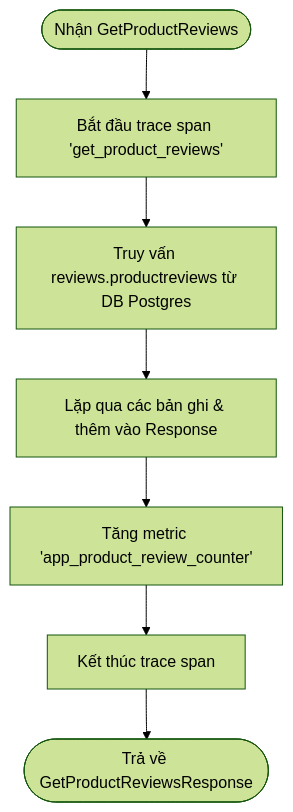
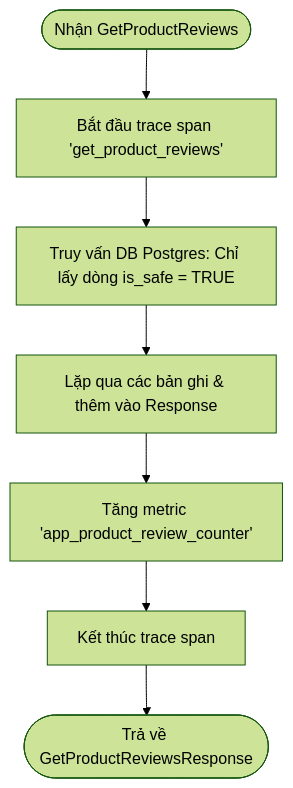
Before and after one commit to DangThao195/AIO02_TF3_Phase3: the third of 4 diagrams in AIE1/techx-corp-platform/src/product-reviews/README.md, drawn with Mermaid (forest theme). The commit also changed other lines of this file and 54 other files, not shown here.

````diff
--- a/AIE1/techx-corp-platform/src/product-reviews/README.md
+++ b/AIE1/techx-corp-platform/src/product-reviews/README.md
@@ -79,9 +78,9 @@
 ```mermaid
 flowchart TD
     ReqReviews(["Nhận GetProductReviews"]) --> SpanReviews["Bắt đầu trace span 'get_product_reviews'"]
-    SpanReviews --> FetchDB["Truy vấn reviews.productreviews từ DB Postgres"]
+    SpanReviews --> FetchDB["Truy vấn DB Postgres: Chỉ lấy dòng is_safe = TRUE"]
     FetchDB --> LoopReviews["Lặp qua các bản ghi & thêm vào Response"]
     LoopReviews --> CountMetric["Tăng metric 'app_product_review_counter'"]
     CountMetric --> EndSpanReviews["Kết thúc trace span"]
     EndSpanReviews --> RetReviews(["Trả về GetProductReviewsResponse"])
 ```
````
